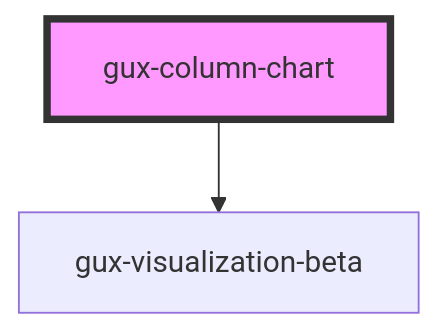
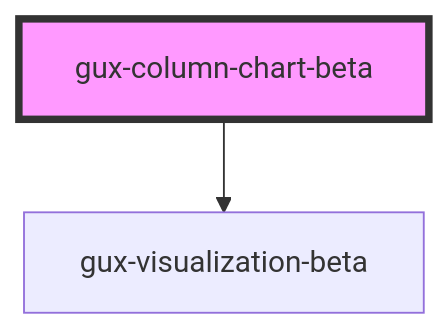
One commit to MyPureCloud/genesys-spark changed the diagram in src/components/beta/gux-column-chart/readme.md. Above: the diagram before and after it, drawn with Mermaid. The commit also changed 8 other files, not shown here.

Commit message:
feat(gux column chart): attempt diagonal hatching

````diff
--- a/src/components/beta/gux-column-chart/readme.md
+++ b/src/components/beta/gux-column-chart/readme.md
@@ -31,5 +31,5 @@
 ```mermaid
 graph TD;
-  gux-column-chart --> gux-visualization-beta
-  style gux-column-chart fill:#f9f,stroke:#333,stroke-width:4px
+  gux-column-chart-beta --> gux-visualization-beta
+  style gux-column-chart-beta fill:#f9f,stroke:#333,stroke-width:4px
 ```
````
